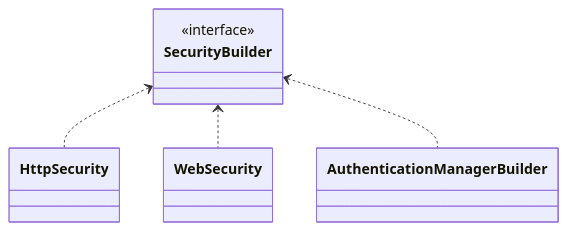
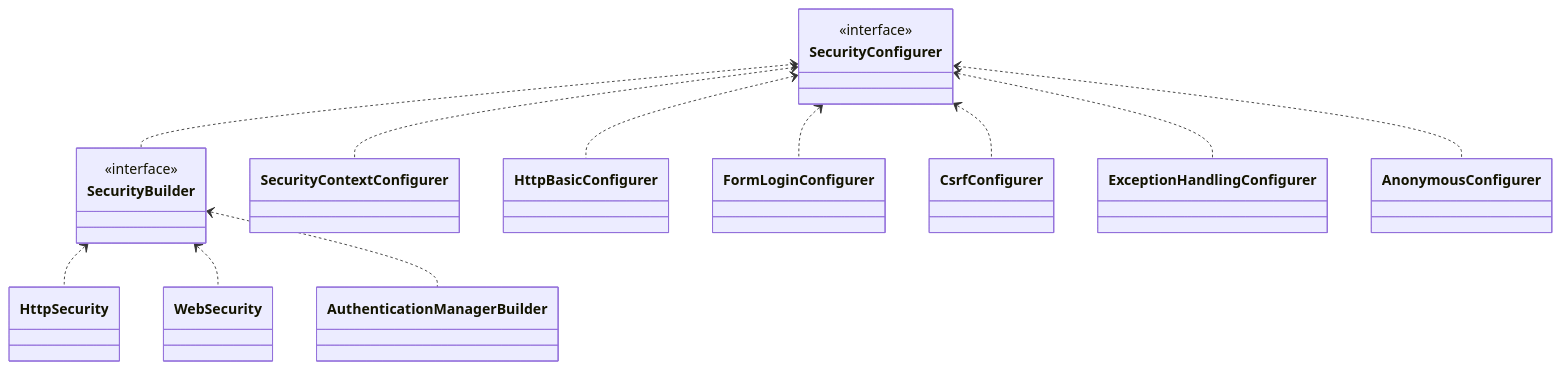
Before and after one commit to kimregular/DAILY_STUDY: the first of 2 diagrams in Spring Security/01. 초기화/01-01. SecurityBuilder & SecurityConfigurer.md, drawn with Mermaid. The commit also changed other lines of this file, not shown here.

Commit message:
obsidian backup: 2025-01-12 23:05:06

````diff
--- a/Spring Security/01. 초기화/01-01. SecurityBuilder & SecurityConfigurer.md
+++ b/Spring Security/01. 초기화/01-01. SecurityBuilder & SecurityConfigurer.md
@@ -8,20 +8,57 @@
 ```mermaid
 classDiagram
 	class SecurityBuilder {
 		<<interface>>
 	}
 
 	class HttpSecurity {
 		
 	}
 	class WebSecurity {
 		
 	}
 	class AuthenticationManagerBuilder {
 		
 	}
 
+	class SecurityConfigurer {
+		<<interface>>
+	}
+
+	class SecurityContextConfigurer {
+		
+	}
+
+	class HttpBasicConfigurer {
+		
+	}
+
+	class FormLoginConfigurer {
+		
+	}
+
+	class CsrfConfigurer {
+		
+	}
+	
+	class ExceptionHandlingConfigurer {
+		
+	}
+
+	class AnonymousConfigurer {
+		
+	}
+
+	SecurityConfigurer <.. SecurityContextConfigurer
+	SecurityConfigurer <.. HttpBasicConfigurer
+	SecurityConfigurer <.. FormLoginConfigurer
+	SecurityConfigurer <.. CsrfConfigurer
+	SecurityConfigurer <.. ExceptionHandlingConfigurer
+	SecurityConfigurer <.. AnonymousConfigurer
+	SecurityConfigurer <.. SecurityBuilder
+
+
 	SecurityBuilder <.. HttpSecurity
 	SecurityBuilder <.. WebSecurity
 	SecurityBuilder <.. AuthenticationManagerBuilder
 ```
````
